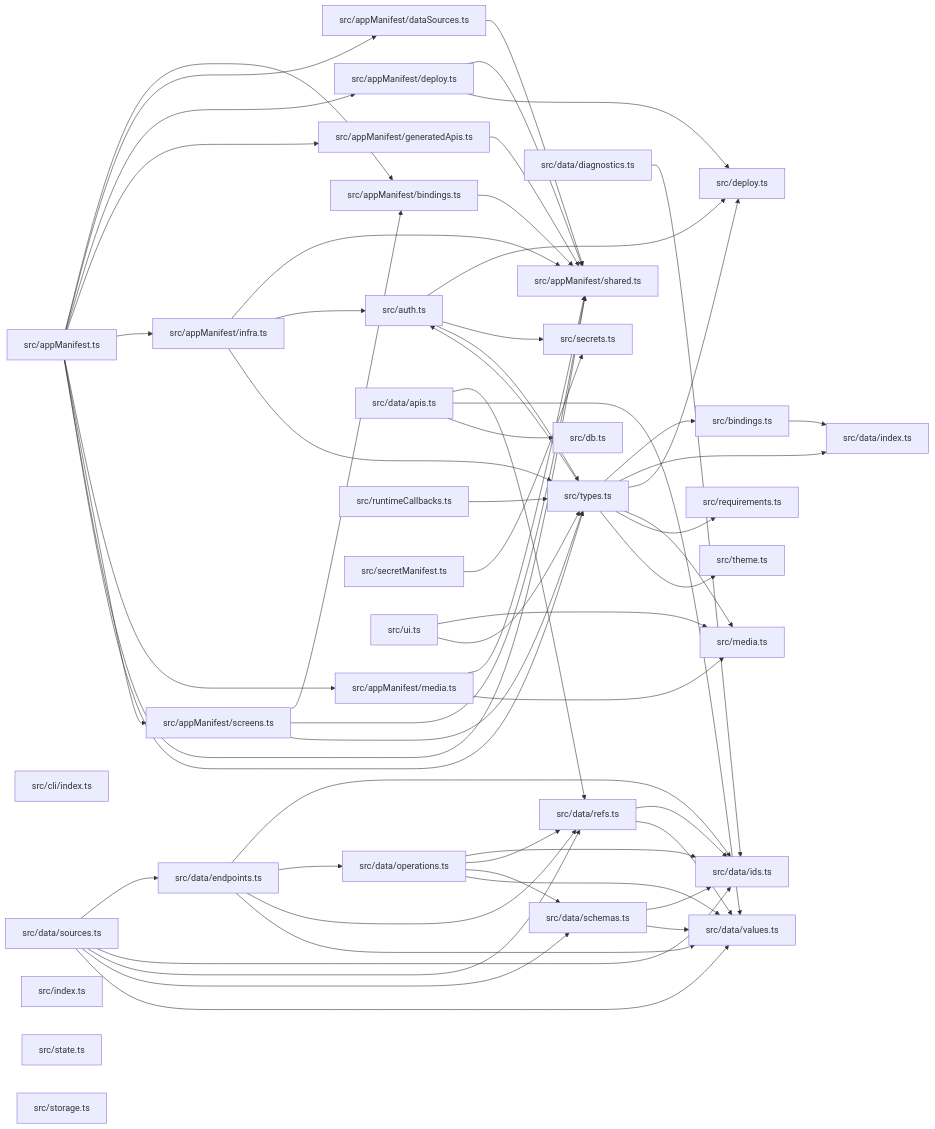
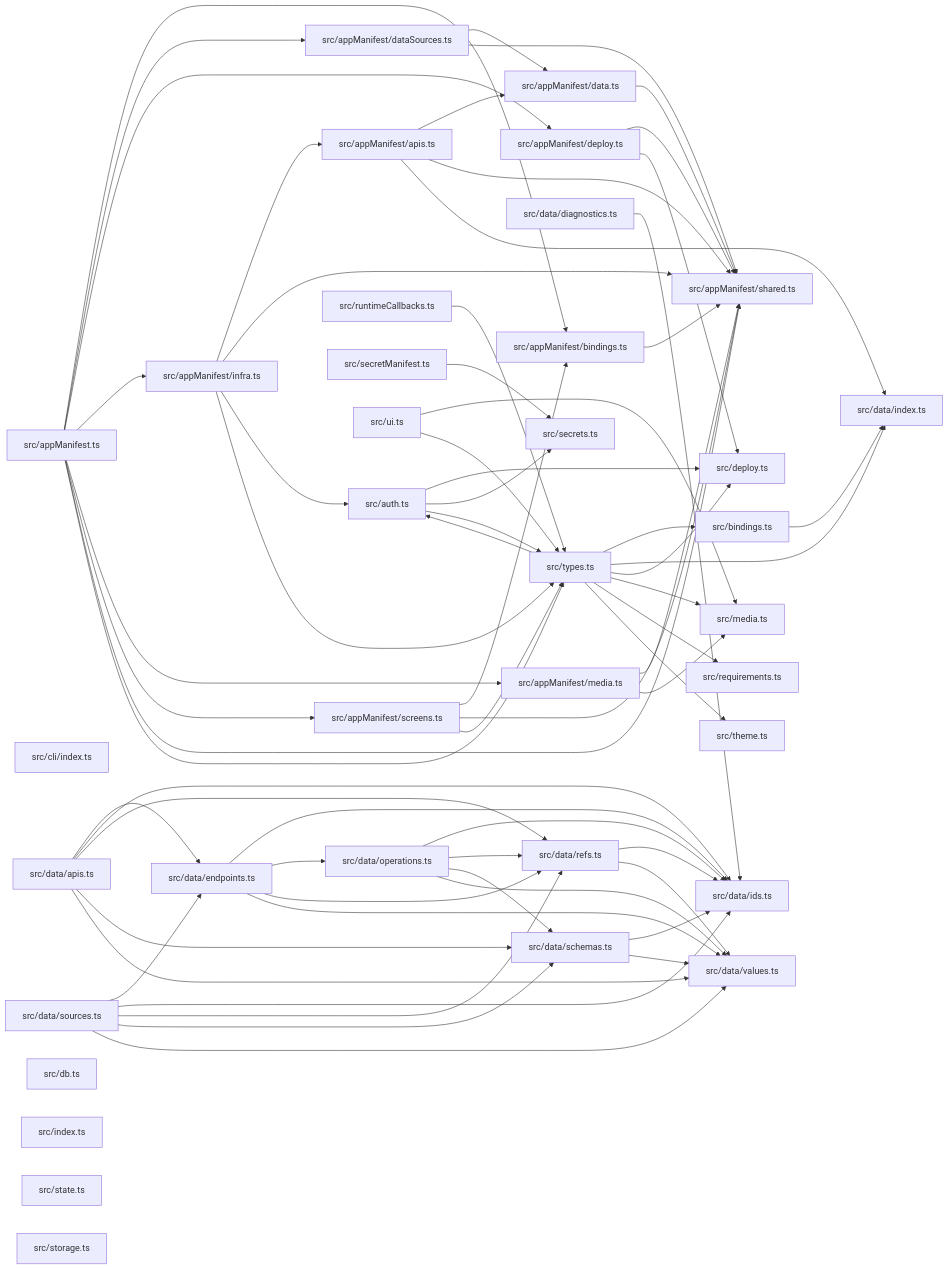
The diagram in paradox/diagrams/module-relationships.mmd (ankhorage/contracts), drawn with Mermaid before and after one commit. The commit also changed 12 other files, not shown here.

```diff
--- a/paradox/diagrams/module-relationships.mmd
+++ b/paradox/diagrams/module-relationships.mmd
@@ -1,94 +1,101 @@
 graph LR
   module_src_appManifest_ts["src/appManifest.ts"]
+  module_src_appManifest_apis_ts["src/appManifest/apis.ts"]
   module_src_appManifest_bindings_ts["src/appManifest/bindings.ts"]
+  module_src_appManifest_data_ts["src/appManifest/data.ts"]
   module_src_appManifest_dataSources_ts["src/appManifest/dataSources.ts"]
   module_src_appManifest_deploy_ts["src/appManifest/deploy.ts"]
-  module_src_appManifest_generatedApis_ts["src/appManifest/generatedApis.ts"]
   module_src_appManifest_infra_ts["src/appManifest/infra.ts"]
   module_src_appManifest_media_ts["src/appManifest/media.ts"]
   module_src_appManifest_screens_ts["src/appManifest/screens.ts"]
   module_src_appManifest_shared_ts["src/appManifest/shared.ts"]
   module_src_auth_ts["src/auth.ts"]
   module_src_bindings_ts["src/bindings.ts"]
   module_src_cli_index_ts["src/cli/index.ts"]
   module_src_data_apis_ts["src/data/apis.ts"]
   module_src_data_diagnostics_ts["src/data/diagnostics.ts"]
   module_src_data_endpoints_ts["src/data/endpoints.ts"]
   module_src_data_ids_ts["src/data/ids.ts"]
   module_src_data_index_ts["src/data/index.ts"]
   module_src_data_operations_ts["src/data/operations.ts"]
   module_src_data_refs_ts["src/data/refs.ts"]
   module_src_data_schemas_ts["src/data/schemas.ts"]
   module_src_data_sources_ts["src/data/sources.ts"]
   module_src_data_values_ts["src/data/values.ts"]
   module_src_db_ts["src/db.ts"]
   module_src_deploy_ts["src/deploy.ts"]
   module_src_index_ts["src/index.ts"]
   module_src_media_ts["src/media.ts"]
   module_src_requirements_ts["src/requirements.ts"]
   module_src_runtimeCallbacks_ts["src/runtimeCallbacks.ts"]
   module_src_secretManifest_ts["src/secretManifest.ts"]
   module_src_secrets_ts["src/secrets.ts"]
   module_src_state_ts["src/state.ts"]
   module_src_storage_ts["src/storage.ts"]
   module_src_theme_ts["src/theme.ts"]
   module_src_types_ts["src/types.ts"]
   module_src_ui_ts["src/ui.ts"]
   module_src_appManifest_ts --> module_src_appManifest_bindings_ts
   module_src_appManifest_ts --> module_src_appManifest_dataSources_ts
   module_src_appManifest_ts --> module_src_appManifest_deploy_ts
-  module_src_appManifest_ts --> module_src_appManifest_generatedApis_ts
   module_src_appManifest_ts --> module_src_appManifest_infra_ts
   module_src_appManifest_ts --> module_src_appManifest_media_ts
   module_src_appManifest_ts --> module_src_appManifest_screens_ts
   module_src_appManifest_ts --> module_src_appManifest_shared_ts
   module_src_appManifest_ts --> module_src_types_ts
+  module_src_appManifest_apis_ts --> module_src_appManifest_data_ts
+  module_src_appManifest_apis_ts --> module_src_appManifest_shared_ts
+  module_src_appManifest_apis_ts --> module_src_data_index_ts
   module_src_appManifest_bindings_ts --> module_src_appManifest_shared_ts
+  module_src_appManifest_data_ts --> module_src_appManifest_shared_ts
+  module_src_appManifest_dataSources_ts --> module_src_appManifest_data_ts
   module_src_appManifest_dataSources_ts --> module_src_appManifest_shared_ts
   module_src_appManifest_deploy_ts --> module_src_appManifest_shared_ts
   module_src_appManifest_deploy_ts --> module_src_deploy_ts
-  module_src_appManifest_generatedApis_ts --> module_src_appManifest_shared_ts
+  module_src_appManifest_infra_ts --> module_src_appManifest_apis_ts
   module_src_appManifest_infra_ts --> module_src_appManifest_shared_ts
   module_src_appManifest_infra_ts --> module_src_auth_ts
   module_src_appManifest_infra_ts --> module_src_types_ts
   module_src_appManifest_media_ts --> module_src_appManifest_shared_ts
   module_src_appManifest_media_ts --> module_src_media_ts
   module_src_appManifest_screens_ts --> module_src_appManifest_bindings_ts
   module_src_appManifest_screens_ts --> module_src_appManifest_shared_ts
   module_src_appManifest_screens_ts --> module_src_types_ts
   module_src_auth_ts --> module_src_deploy_ts
   module_src_auth_ts --> module_src_secrets_ts
   module_src_auth_ts --> module_src_types_ts
   module_src_bindings_ts --> module_src_data_index_ts
+  module_src_data_apis_ts --> module_src_data_endpoints_ts
+  module_src_data_apis_ts --> module_src_data_ids_ts
   module_src_data_apis_ts --> module_src_data_refs_ts
+  module_src_data_apis_ts --> module_src_data_schemas_ts
   module_src_data_apis_ts --> module_src_data_values_ts
-  module_src_data_apis_ts --> module_src_db_ts
   module_src_data_diagnostics_ts --> module_src_data_ids_ts
   module_src_data_endpoints_ts --> module_src_data_ids_ts
   module_src_data_endpoints_ts --> module_src_data_operations_ts
   module_src_data_endpoints_ts --> module_src_data_refs_ts
   module_src_data_endpoints_ts --> module_src_data_values_ts
   module_src_data_operations_ts --> module_src_data_ids_ts
   module_src_data_operations_ts --> module_src_data_refs_ts
   module_src_data_operations_ts --> module_src_data_schemas_ts
   module_src_data_operations_ts --> module_src_data_values_ts
   module_src_data_refs_ts --> module_src_data_ids_ts
   module_src_data_refs_ts --> module_src_data_values_ts
   module_src_data_schemas_ts --> module_src_data_ids_ts
   module_src_data_schemas_ts --> module_src_data_values_ts
   module_src_data_sources_ts --> module_src_data_endpoints_ts
   module_src_data_sources_ts --> module_src_data_ids_ts
   module_src_data_sources_ts --> module_src_data_refs_ts
   module_src_data_sources_ts --> module_src_data_schemas_ts
   module_src_data_sources_ts --> module_src_data_values_ts
   module_src_runtimeCallbacks_ts --> module_src_types_ts
   module_src_secretManifest_ts --> module_src_secrets_ts
   module_src_types_ts --> module_src_auth_ts
   module_src_types_ts --> module_src_bindings_ts
   module_src_types_ts --> module_src_data_index_ts
   module_src_types_ts --> module_src_deploy_ts
   module_src_types_ts --> module_src_media_ts
   module_src_types_ts --> module_src_requirements_ts
   module_src_types_ts --> module_src_theme_ts
   module_src_ui_ts --> module_src_media_ts
   module_src_ui_ts --> module_src_types_ts
```
